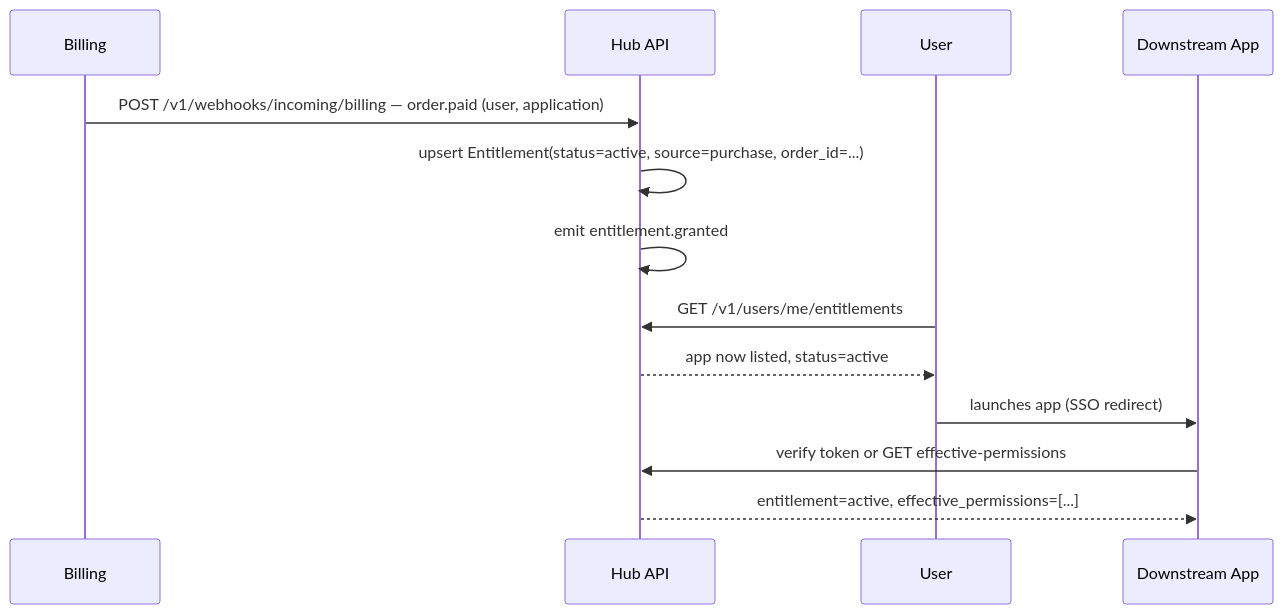
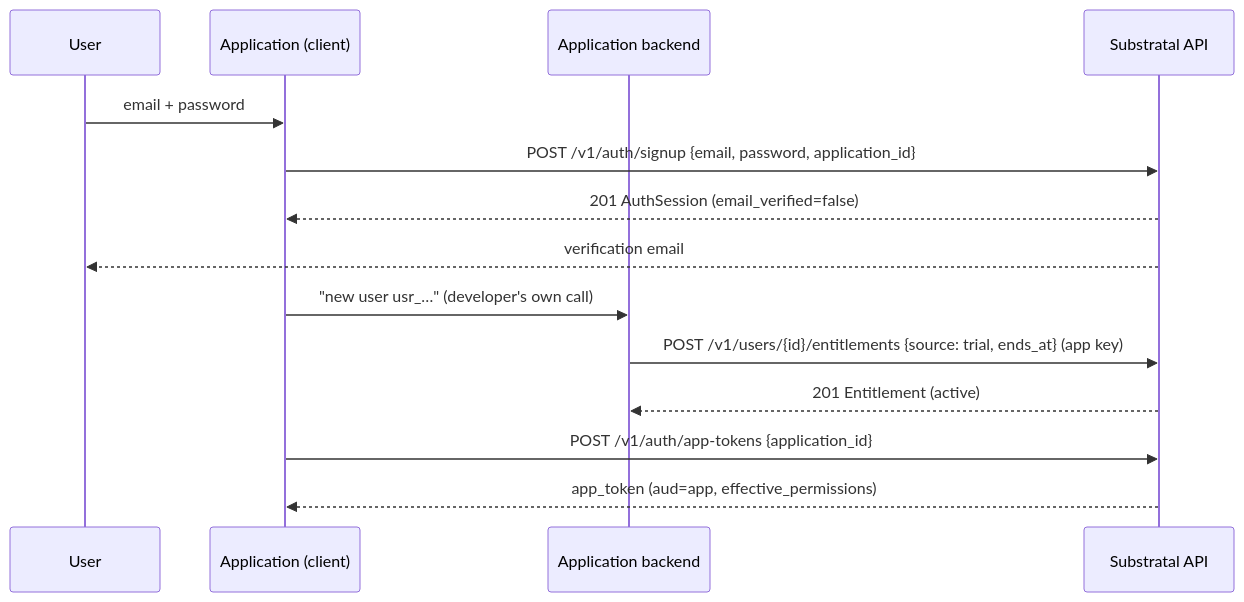
One commit to Adron/substratalapps.com changed the first of 2 diagrams in docs/workflows.md. Above: the diagram before and after it, drawn with Mermaid. The commit also changed other lines of this file and 45 other files, not shown here.

````diff
--- a/docs/workflows.md
+++ b/docs/workflows.md
@@ -22,16 +22,17 @@
 ```mermaid
 sequenceDiagram
-    participant Billing
-    participant Hub as Hub API
     participant User
-    participant App as Downstream App
+    participant App as Application (client)
+    participant Backend as Application backend
+    participant Hub as Substratal API
 
-    Billing->>Hub: POST /v1/webhooks/incoming/billing — order.paid (user, application)
-    Hub->>Hub: upsert Entitlement(status=active, source=purchase, order_id=...)
-    Hub->>Hub: emit entitlement.granted
-    User->>Hub: GET /v1/users/me/entitlements
-    Hub-->>User: app now listed, status=active
-    User->>App: launches app (SSO redirect)
-    App->>Hub: verify token or GET effective-permissions
-    Hub-->>App: entitlement=active, effective_permissions=[...]
+    User->>App: email + password
+    App->>Hub: POST /v1/auth/signup {email, password, application_id}
+    Hub-->>App: 201 AuthSession (email_verified=false)
+    Hub-->>User: verification email
+    App->>Backend: "new user usr_…" (developer's own call)
+    Backend->>Hub: POST /v1/users/{id}/entitlements {source: trial, ends_at} (app key)
+    Hub-->>Backend: 201 Entitlement (active)
+    App->>Hub: POST /v1/auth/app-tokens {application_id}
+    Hub-->>App: app_token (aud=app, effective_permissions)
 ```
````
